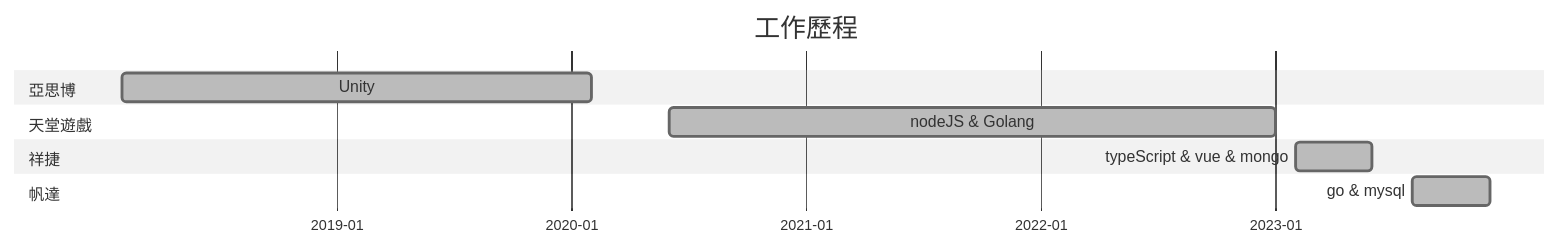
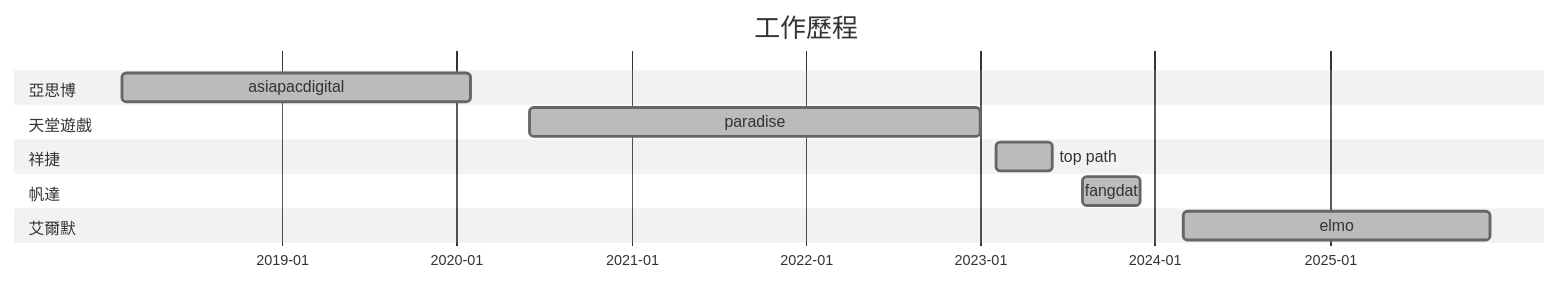
The diagram in ore.md (Chu16537/note), drawn with Mermaid (neutral theme) before and after one commit. The commit also changed other lines of this file, not shown here.

````diff
--- a/ore.md
+++ b/ore.md
@@ -8,19 +11,22 @@
 ```mermaid
 gantt
    title  工作歷程
 
    dateFormat  YYYY-MM
 	axisFormat  %Y-%m
 
       section 亞思博
-         Unity: done, 2018-02, 2020-02
+         asiapacdigital: done, 2018-02, 2020-02
 
       section 天堂遊戲
-         nodeJS & Golang: done, 2020-06, 2023-01
+         paradise: done, 2020-06, 2023-01
 
       section 祥捷
-         typeScript & vue & mongo: done, 2023-02, 2023-06
+         top path: done, 2023-02, 2023-06
 
       section 帆達
-         go & mysql: done, 2023-08, 2023-12
+         fangdat: done, 2023-08, 2023-12
+
+      section 艾爾默
+         elmo: done, 2024-03, 2025-12
 ```
````
